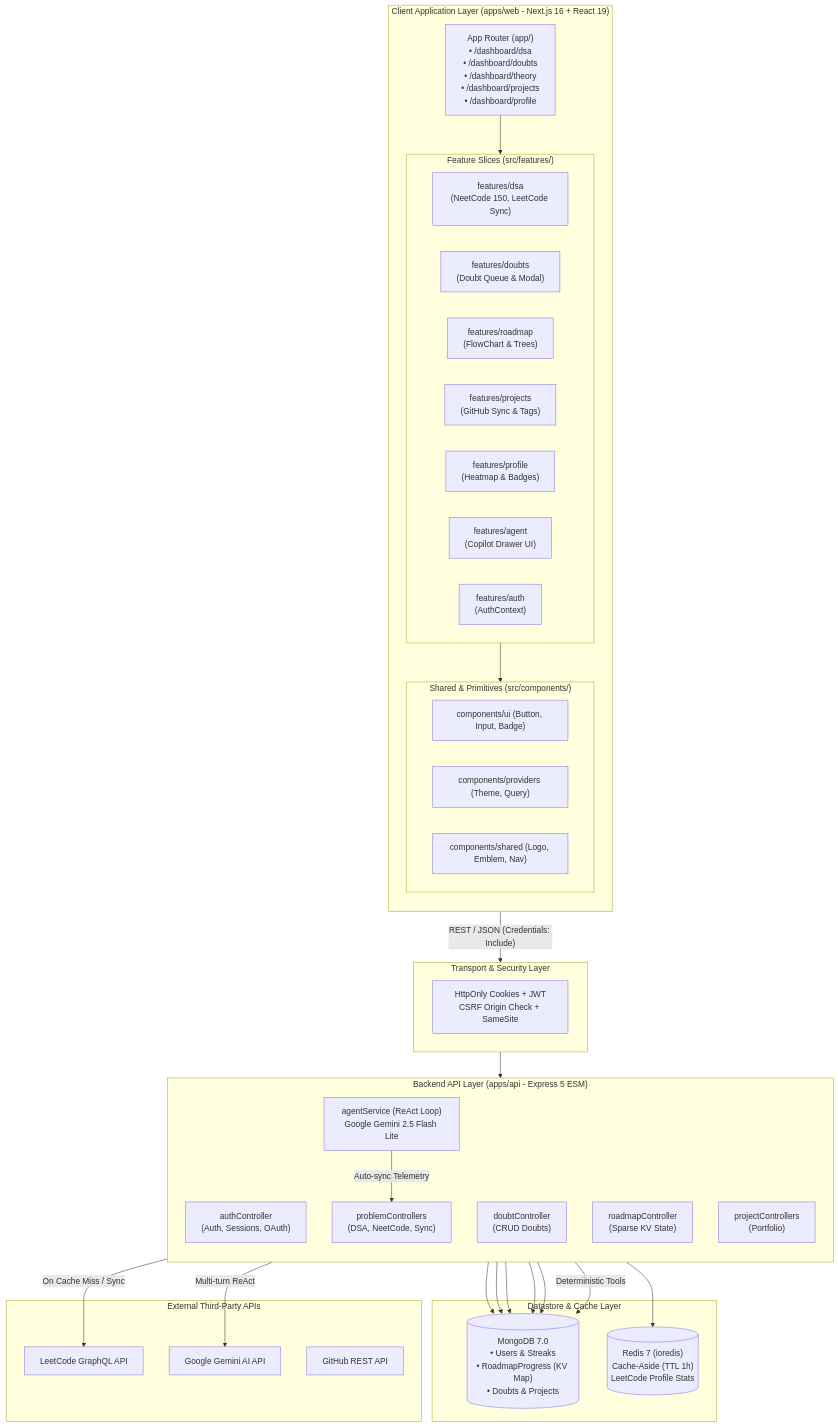
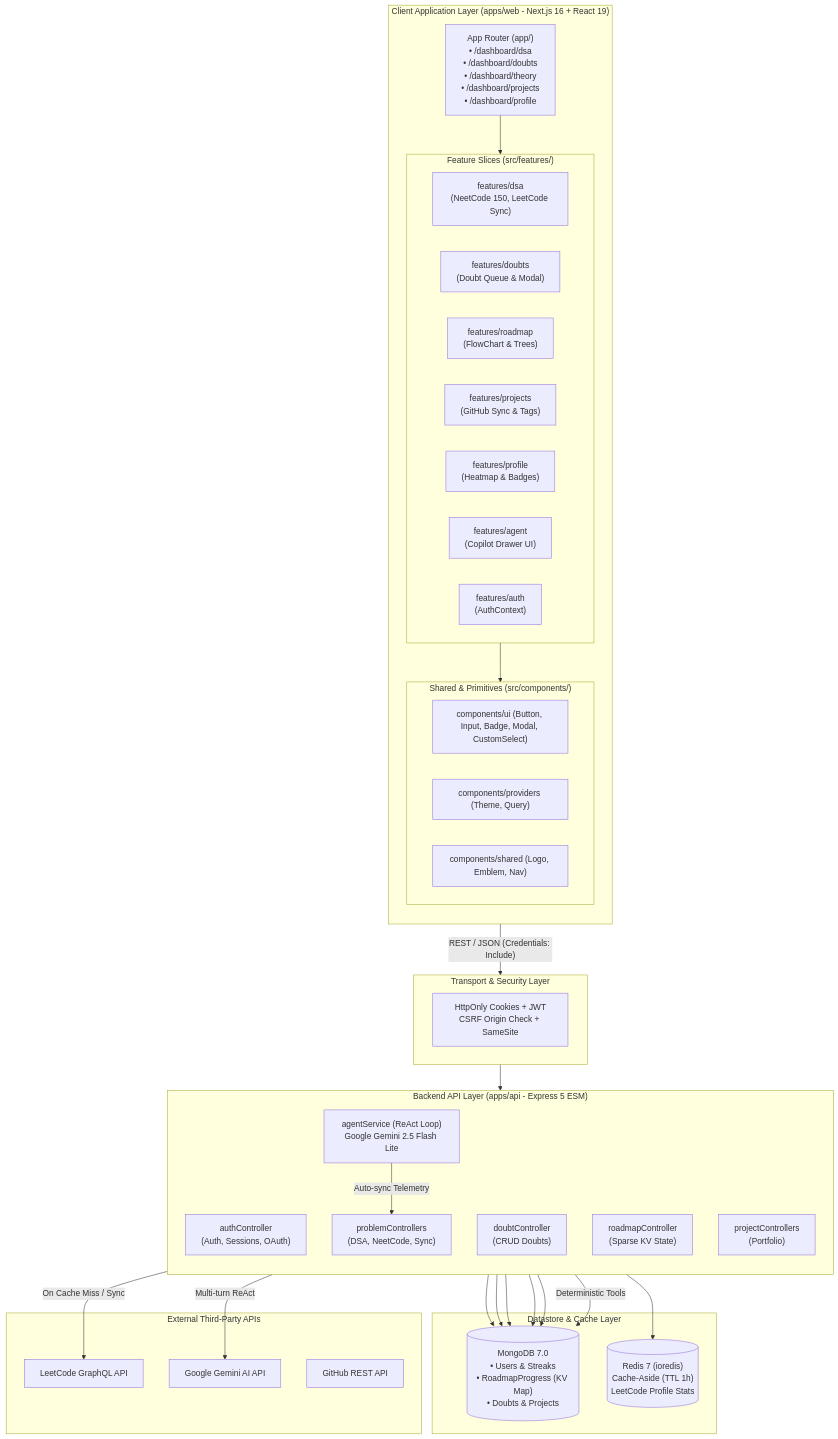
Before and after one commit to mayankjain92/prep-os: the first of 3 diagrams in ARCHITECTURE.md, drawn with Mermaid. The commit also changed other lines of this file and 5 other files, not shown here.

Commit message:
feat: update architecture documentation with new component structure and modularization details

````diff
--- a/ARCHITECTURE.md
+++ b/ARCHITECTURE.md
@@ -11,67 +11,67 @@
 ```mermaid
 graph TB
   subgraph Client ["Client Application Layer (apps/web - Next.js 16 + React 19)"]
     direction TB
     AppRouter["App Router (app/)<br/>• /dashboard/dsa<br/>• /dashboard/doubts<br/>• /dashboard/theory<br/>• /dashboard/projects<br/>• /dashboard/profile"]
     
     subgraph FeatureSlices ["Feature Slices (src/features/)"]
       F_DSA["features/dsa<br/>(NeetCode 150, LeetCode Sync)"]
       F_Doubts["features/doubts<br/>(Doubt Queue & Modal)"]
       F_Roadmap["features/roadmap<br/>(FlowChart & Trees)"]
       F_Projects["features/projects<br/>(GitHub Sync & Tags)"]
       F_Profile["features/profile<br/>(Heatmap & Badges)"]
       F_Agent["features/agent<br/>(Copilot Drawer UI)"]
       F_Auth["features/auth<br/>(AuthContext)"]
     end
     
     subgraph UIPrimitives ["Shared & Primitives (src/components/)"]
-      UI_P["components/ui (Button, Input, Badge)"]
+      UI_P["components/ui (Button, Input, Badge, Modal, CustomSelect)"]
       UI_Prov["components/providers (Theme, Query)"]
       UI_Shared["components/shared (Logo, Emblem, Nav)"]
     end
     
     AppRouter --> FeatureSlices
     FeatureSlices --> UIPrimitives
   end
 
   subgraph Gateway ["Transport & Security Layer"]
     HttpOnlyCookie["HttpOnly Cookies + JWT<br/>CSRF Origin Check + SameSite"]
   end
 
   subgraph Server ["Backend API Layer (apps/api - Express 5 ESM)"]
     direction TB
     AuthCtrl["authController<br/>(Auth, Sessions, OAuth)"]
     ProblemCtrl["problemControllers<br/>(DSA, NeetCode, Sync)"]
     DoubtCtrl["doubtController<br/>(CRUD Doubts)"]
     RoadmapCtrl["roadmapController<br/>(Sparse KV State)"]
     ProjectCtrl["projectControllers<br/>(Portfolio)"]
     AgentService["agentService (ReAct Loop)<br/>Google Gemini 2.5 Flash Lite"]
   end
 
   subgraph Storage ["Datastore & Cache Layer"]
     Mongo[("MongoDB 7.0<br/>• Users & Streaks<br/>• RoadmapProgress (KV Map)<br/>• Doubts & Projects")]
     Redis[("Redis 7 (ioredis)<br/>Cache-Aside (TTL 1h)<br/>LeetCode Profile Stats")]
   end
 
   subgraph External ["External Third-Party APIs"]
     LeetCodeAPI["LeetCode GraphQL API"]
     GeminiAPI["Google Gemini AI API"]
     GitHubAPI["GitHub REST API"]
   end
 
   Client -- "REST / JSON (Credentials: Include)" --> Gateway
   Gateway --> Server
 
   ProblemCtrl --> Redis
   ProblemCtrl -- "On Cache Miss / Sync" --> LeetCodeAPI
   ProblemCtrl --> Mongo
 
   DoubtCtrl --> Mongo
   RoadmapCtrl --> Mongo
   ProjectCtrl --> Mongo
   AuthCtrl --> Mongo
 
   AgentService -- "Multi-turn ReAct" --> GeminiAPI
   AgentService -- "Deterministic Tools" --> Mongo
   AgentService -- "Auto-sync Telemetry" --> ProblemCtrl
 ```
````
